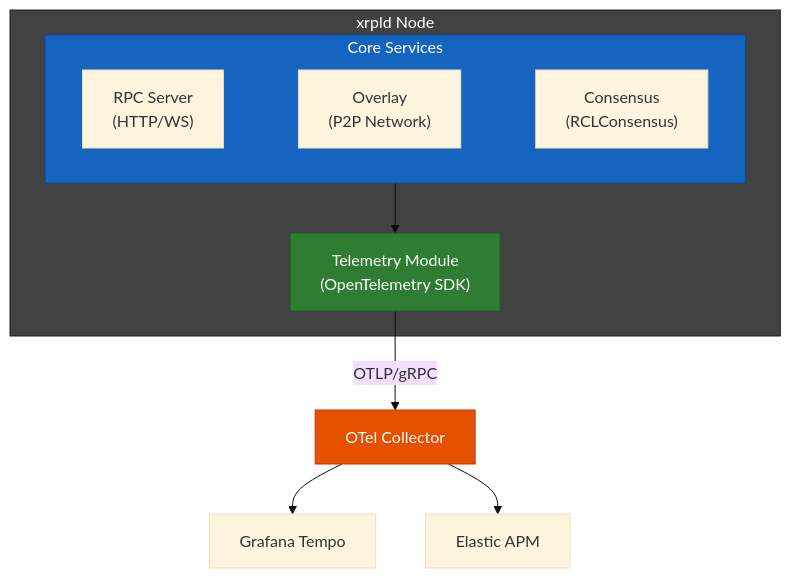
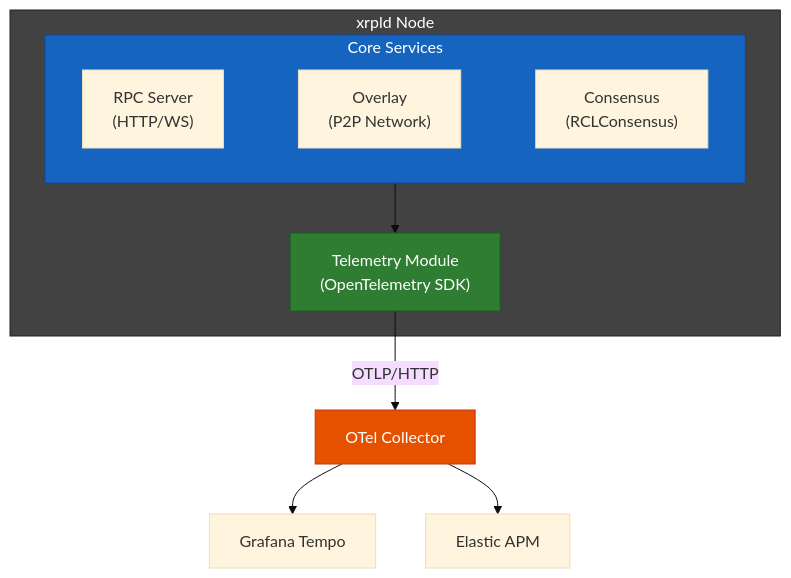
Before and after one commit to XRPLF/rippled: the sixth of 14 diagrams in OpenTelemetryPlan/presentation.md, drawn with Mermaid (base theme). The commit also changed other lines of this file and 4 other files, not shown here.

````diff
--- a/OpenTelemetryPlan/presentation.md
+++ b/OpenTelemetryPlan/presentation.md
@@ -212,23 +212,23 @@
 ```mermaid
 flowchart TB
     subgraph xrpld["xrpld Node"]
         subgraph services["Core Services"]
             direction LR
             RPC["RPC Server<br/>(HTTP/WS)"] ~~~ Overlay["Overlay<br/>(P2P Network)"] ~~~ Consensus["Consensus<br/>(RCLConsensus)"]
         end
 
         Telemetry["Telemetry Module<br/>(OpenTelemetry SDK)"]
 
         services --> Telemetry
     end
 
-    Telemetry -->|OTLP/gRPC| Collector["OTel Collector"]
+    Telemetry -->|OTLP/HTTP| Collector["OTel Collector"]
 
     Collector --> Tempo["Grafana Tempo"]
     Collector --> Elastic["Elastic APM"]
 
     style xrpld fill:#424242,stroke:#212121,color:#fff
     style services fill:#1565c0,stroke:#0d47a1,color:#fff
     style Telemetry fill:#2e7d32,stroke:#1b5e20,color:#fff
     style Collector fill:#e65100,stroke:#bf360c,color:#fff
 ```
````
